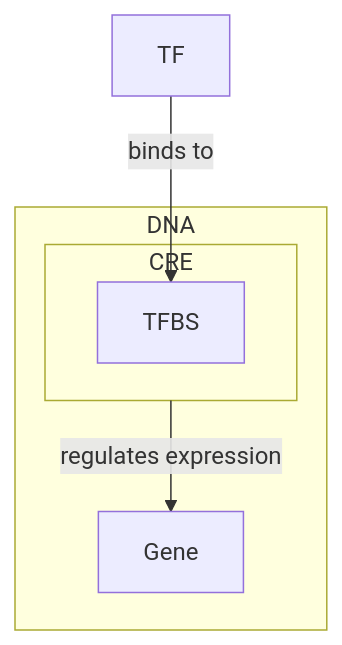
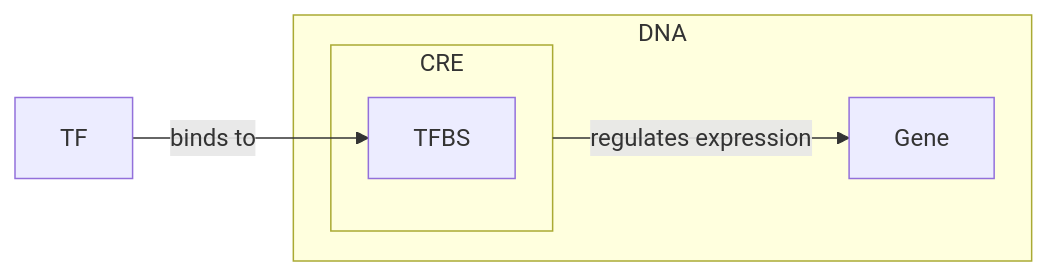
Before and after one commit to Yongsik-Lee/marl: the diagram in _posts/2025-04-28-20205266.md, drawn with Mermaid.

```diff
--- a/_posts/2025-04-28-20205266.md
+++ b/_posts/2025-04-28-20205266.md
@@ -79,15 +79,17 @@
 {% mermaid %}
-graph TD
+graph LR
   
   subgraph CRE["CRE"]
-        TFBS["TFBS"]
+    TFBS["TFBS"]
   end
   
   subgraph DNA["DNA"]
-        Gene["Gene"]
-        CRE
+    Gene["Gene"]
+    CRE
   end
     TF["TF"] -- binds to --> TFBS
     CRE -- regulates expression --> Gene
 
+  
+
 {% endmermaid %}
```
